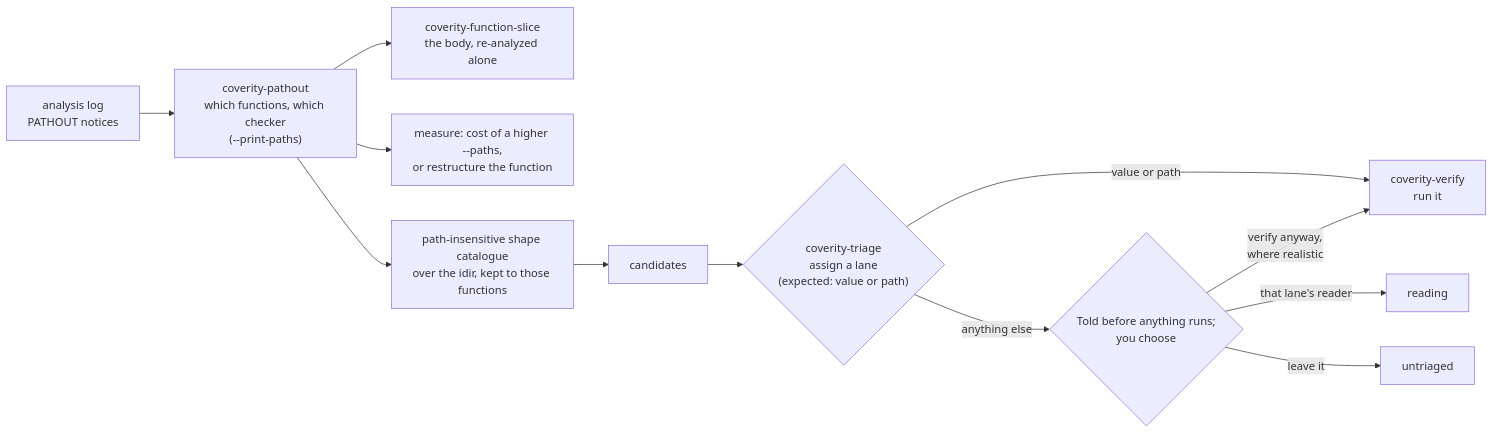
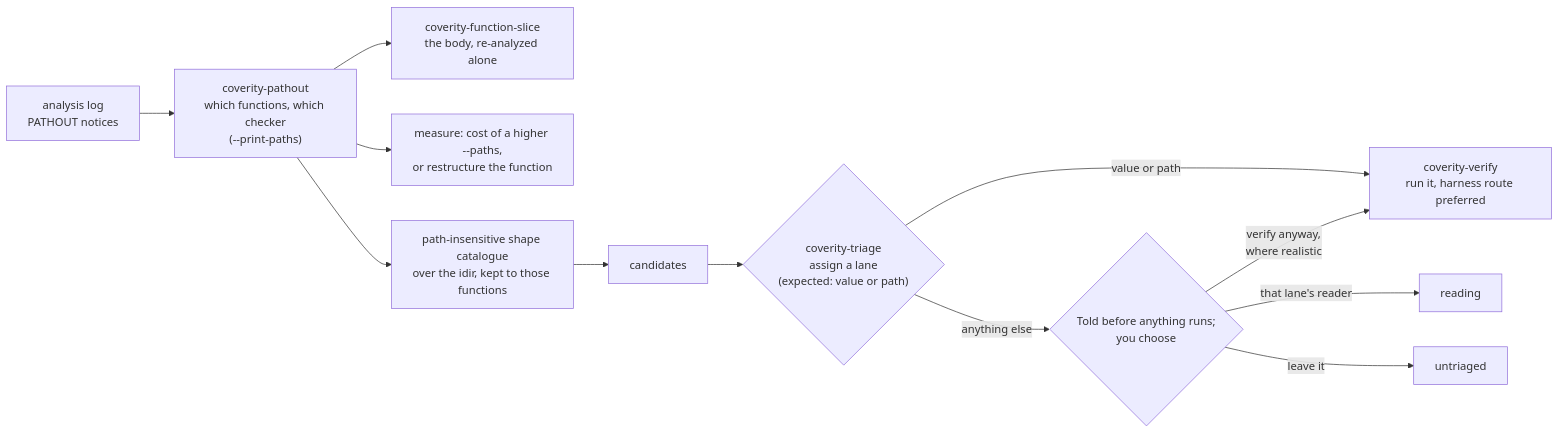
One commit to edtice-goog/CoveritySkills changed the fifth of 7 diagrams in USE-CASES.md. Above: the diagram before and after it, drawn with Mermaid. The commit also changed other lines of this file and 1 other file, not shown here.

First line of the commit message:
USE-CASES, README: methods by checker in triage, two routes in verify

````diff
--- a/USE-CASES.md
+++ b/USE-CASES.md
@@ -155,14 +181,14 @@
 ```mermaid
 flowchart LR
     L["analysis log<br/>PATHOUT notices"] --> W["coverity-pathout<br/>which functions, which checker<br/>(--print-paths)"]
     W --> FS["coverity-function-slice<br/>the body, re-analyzed alone"]
     W --> M["measure: cost of a higher --paths,<br/>or restructure the function"]
     W --> SC["path-insensitive shape catalogue<br/>over the idir, kept to those functions"]
     SC --> C["candidates"]
     C --> A{"coverity-triage<br/>assign a lane<br/>(expected: value or path)"}
-    A -->|"value or path"| VE["coverity-verify<br/>run it"]
+    A -->|"value or path"| VE["coverity-verify<br/>run it, harness route preferred"]
     A -->|"anything else"| Q{"Told before anything runs;<br/>you choose"}
     Q -->|"verify anyway,<br/>where realistic"| VE
     Q -->|"that lane's reader"| RD["reading"]
     Q -->|"leave it"| SK["untriaged"]
 ```
````
